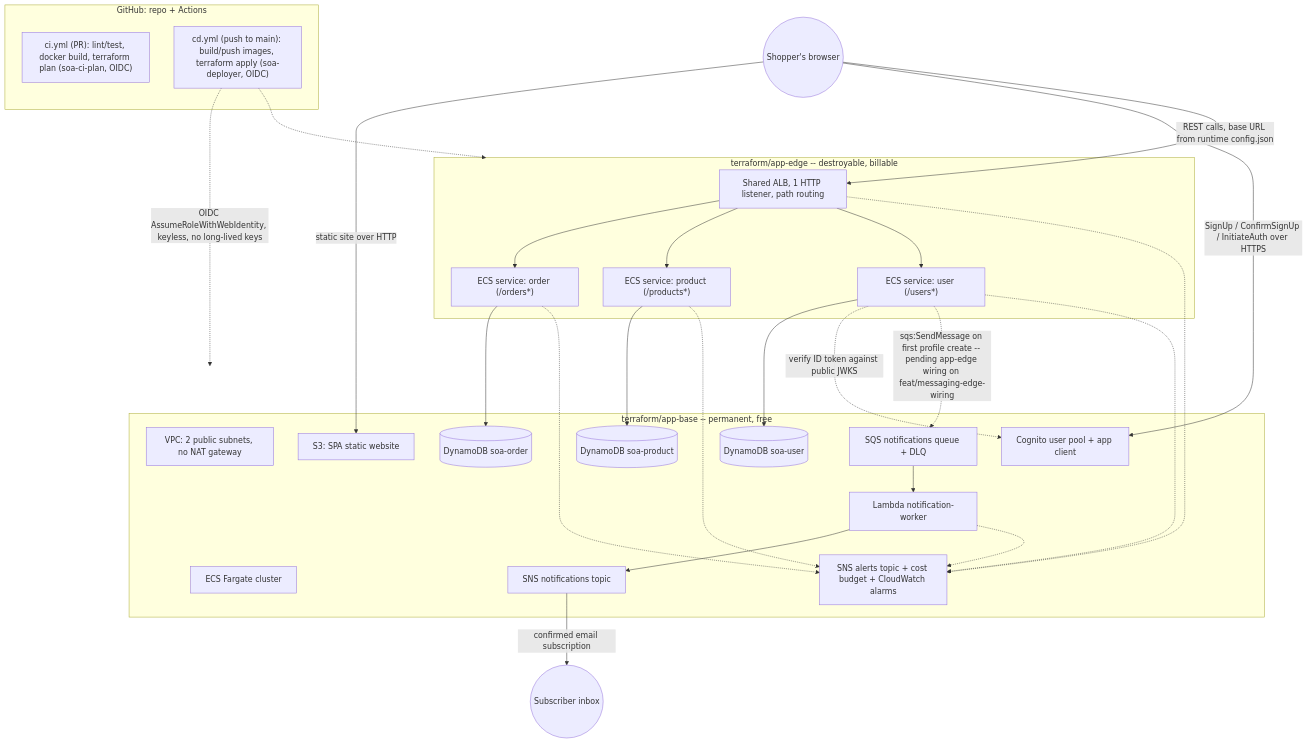
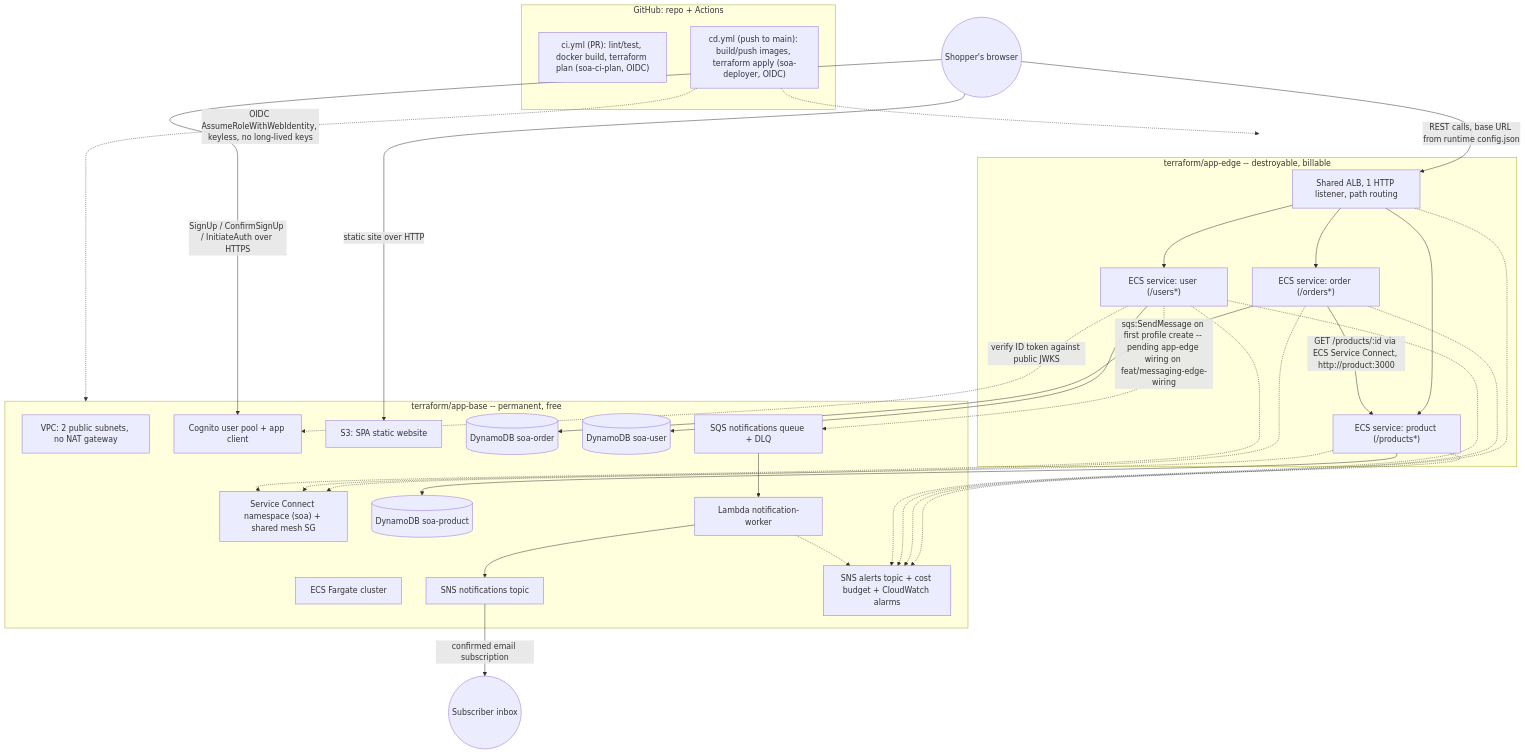
Before and after one commit to harmon-tuazon/SOA_Final_Project: the first of 3 diagrams in docs/architecture/overview.md, drawn with Mermaid. The commit also changed other lines of this file and 21 other files, not shown here.

First line of the commit message:
Add ECS Service Connect service discovery + order->product call (PRD platform/0012) (#31)

````diff
--- a/docs/architecture/overview.md
+++ b/docs/architecture/overview.md
@@ -9,57 +9,64 @@
 ```mermaid
 flowchart TB
     Shopper(("Shopper's browser"))
 
     subgraph GH["GitHub: repo + Actions"]
         CI["ci.yml (PR): lint/test, docker build, terraform plan (soa-ci-plan, OIDC)"]
         CD["cd.yml (push to main): build/push images, terraform apply (soa-deployer, OIDC)"]
     end
 
     subgraph Base["terraform/app-base -- permanent, free"]
         VPC["VPC: 2 public subnets, no NAT gateway"]
         Cluster["ECS Fargate cluster"]
+        Mesh["Service Connect namespace (soa) + shared mesh SG"]
         CognitoPool["Cognito user pool + app client"]
         FrontendBucket["S3: SPA static website"]
         OrderTable[("DynamoDB soa-order")]
         ProductTable[("DynamoDB soa-product")]
         UserTable[("DynamoDB soa-user")]
         Queue["SQS notifications queue + DLQ"]
         Worker["Lambda notification-worker"]
         Topic["SNS notifications topic"]
         Ops["SNS alerts topic + cost budget + CloudWatch alarms"]
     end
 
     subgraph Edge["terraform/app-edge -- destroyable, billable"]
         ALB["Shared ALB, 1 HTTP listener, path routing"]
         OrderSvc["ECS service: order (/orders*)"]
         ProductSvc["ECS service: product (/products*)"]
         UserSvc["ECS service: user (/users*)"]
     end
 
     CD -. "OIDC AssumeRoleWithWebIdentity, keyless, no long-lived keys" .-> Base
     CD -.-> Edge
 
     Shopper -- "static site over HTTP" --> FrontendBucket
     Shopper -- "SignUp / ConfirmSignUp / InitiateAuth over HTTPS" --> CognitoPool
     Shopper -- "REST calls, base URL from runtime config.json" --> ALB
 
     ALB --> OrderSvc
     ALB --> ProductSvc
     ALB --> UserSvc
 
+    OrderSvc -- "GET /products/:id via ECS Service Connect, http://product:3000" --> ProductSvc
+
     OrderSvc --> OrderTable
     ProductSvc --> ProductTable
     UserSvc --> UserTable
     UserSvc -. "verify ID token against public JWKS" .-> CognitoPool
+
+    OrderSvc -.-> Mesh
+    ProductSvc -.-> Mesh
+    UserSvc -.-> Mesh
 
     UserSvc -. "sqs:SendMessage on first profile create -- pending app-edge wiring on feat/messaging-edge-wiring" .-> Queue
     Queue --> Worker
     Worker --> Topic
     Topic -- "confirmed email subscription" --> Subscriber(("Subscriber inbox"))
 
     ALB -.-> Ops
     OrderSvc -.-> Ops
     ProductSvc -.-> Ops
     UserSvc -.-> Ops
     Worker -.-> Ops
 ```
````
